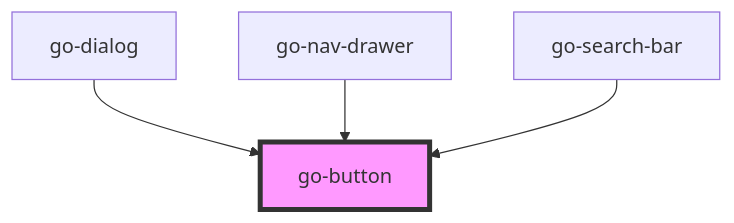
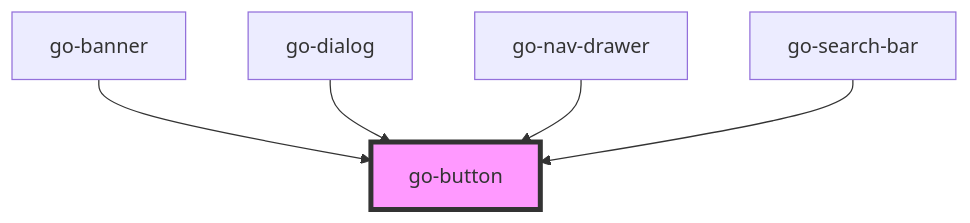
Before and after one commit to getgoui/go-ui: the diagram in src/components/go-button/readme.md, drawn with Mermaid. The commit also changed other lines of this file and 15 other files, not shown here.

````diff
--- a/src/components/go-button/readme.md
+++ b/src/components/go-button/readme.md
@@ -48,7 +49,8 @@
 ```mermaid
 graph TD;
+  go-banner --> go-button
   go-dialog --> go-button
   go-nav-drawer --> go-button
   go-search-bar --> go-button
   style go-button fill:#f9f,stroke:#333,stroke-width:4px
 ```
````
